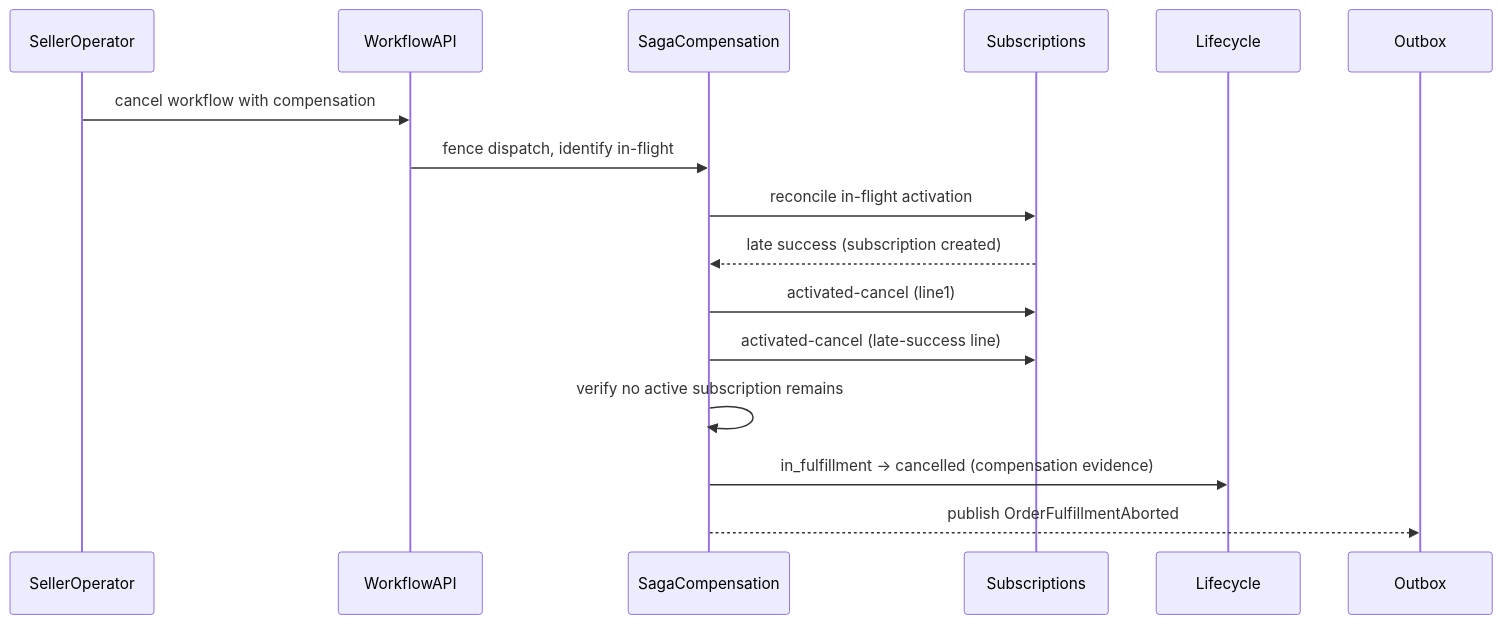
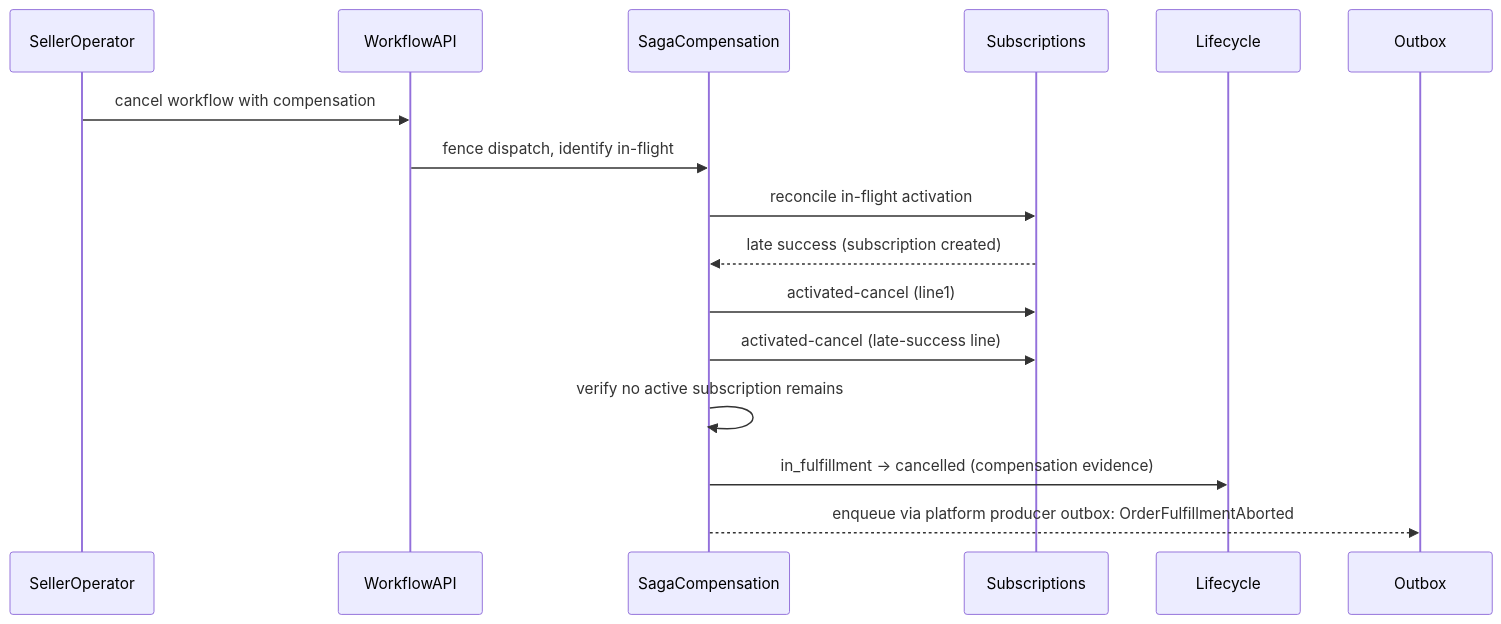
One commit to constructorfabric/gears-rust changed the sixth of 6 diagrams in gears/bss/orders-workflow/docs/DESIGN.md. Above: the diagram before and after it, drawn with Mermaid. The commit also changed other lines of this file and 10 other files, not shown here.

````diff
--- a/gears/bss/orders-workflow/docs/DESIGN.md
+++ b/gears/bss/orders-workflow/docs/DESIGN.md
@@ -676,12 +687,12 @@
 ```mermaid
 sequenceDiagram
     SellerOperator ->> WorkflowAPI: cancel workflow with compensation
     WorkflowAPI ->> SagaCompensation: fence dispatch, identify in-flight
     SagaCompensation ->> Subscriptions: reconcile in-flight activation
     Subscriptions -->> SagaCompensation: late success (subscription created)
     SagaCompensation ->> Subscriptions: activated-cancel (line1)
     SagaCompensation ->> Subscriptions: activated-cancel (late-success line)
     SagaCompensation ->> SagaCompensation: verify no active subscription remains
     SagaCompensation ->> Lifecycle: in_fulfillment -> cancelled (compensation evidence)
-    SagaCompensation -->> Outbox: publish OrderFulfillmentAborted
+    SagaCompensation -->> Outbox: enqueue via platform producer outbox: OrderFulfillmentAborted
 ```
````
